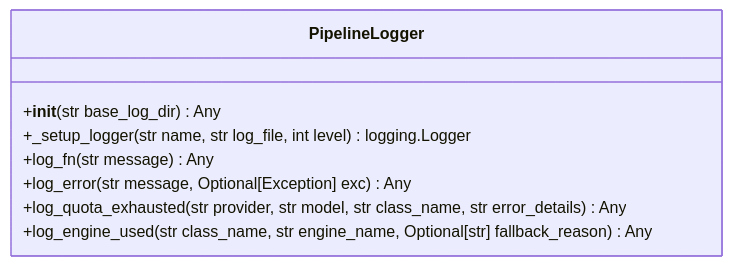
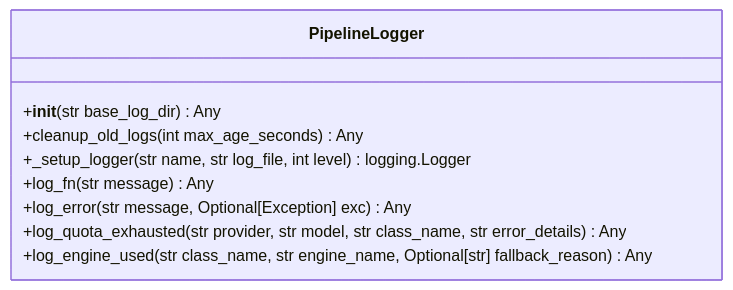
Before and after one commit to jerry-fab/Doc-Gen-Pipeline: the diagram in docs/architecture/Python/PipelineLogger.md, drawn with Mermaid. The commit also changed other lines of this file and 1 other file, not shown here.

Commit message:
docs: auto-update class architecture documentation [skip ci]

````diff
--- a/docs/architecture/Python/PipelineLogger.md
+++ b/docs/architecture/Python/PipelineLogger.md
@@ -9,11 +9,12 @@
 ```mermaid
 classDiagram
     class PipelineLogger {
         +__init__(str base_log_dir) Any
+        +cleanup_old_logs(int max_age_seconds) Any
         +_setup_logger(str name, str log_file, int level) logging.Logger
         +log_fn(str message) Any
         +log_error(str message, Optional[Exception] exc) Any
         +log_quota_exhausted(str provider, str model, str class_name, str error_details) Any
         +log_engine_used(str class_name, str engine_name, Optional[str] fallback_reason) Any
     }
 ```
````
